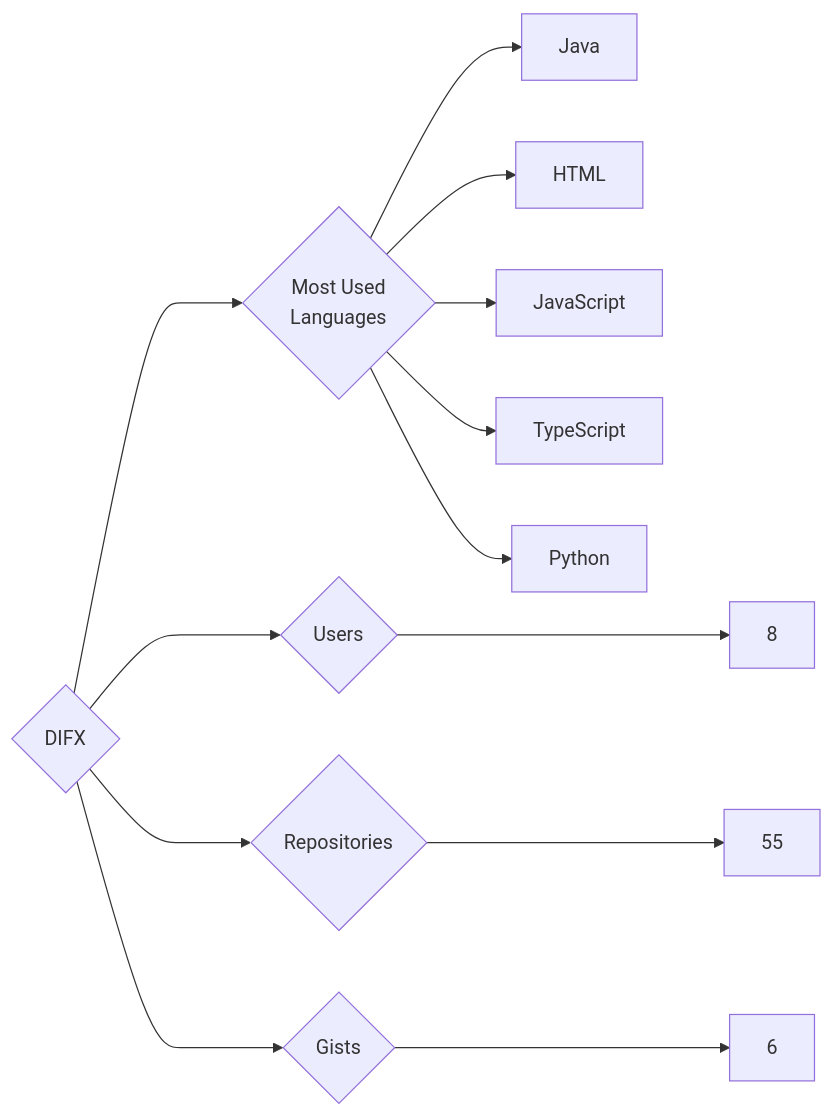
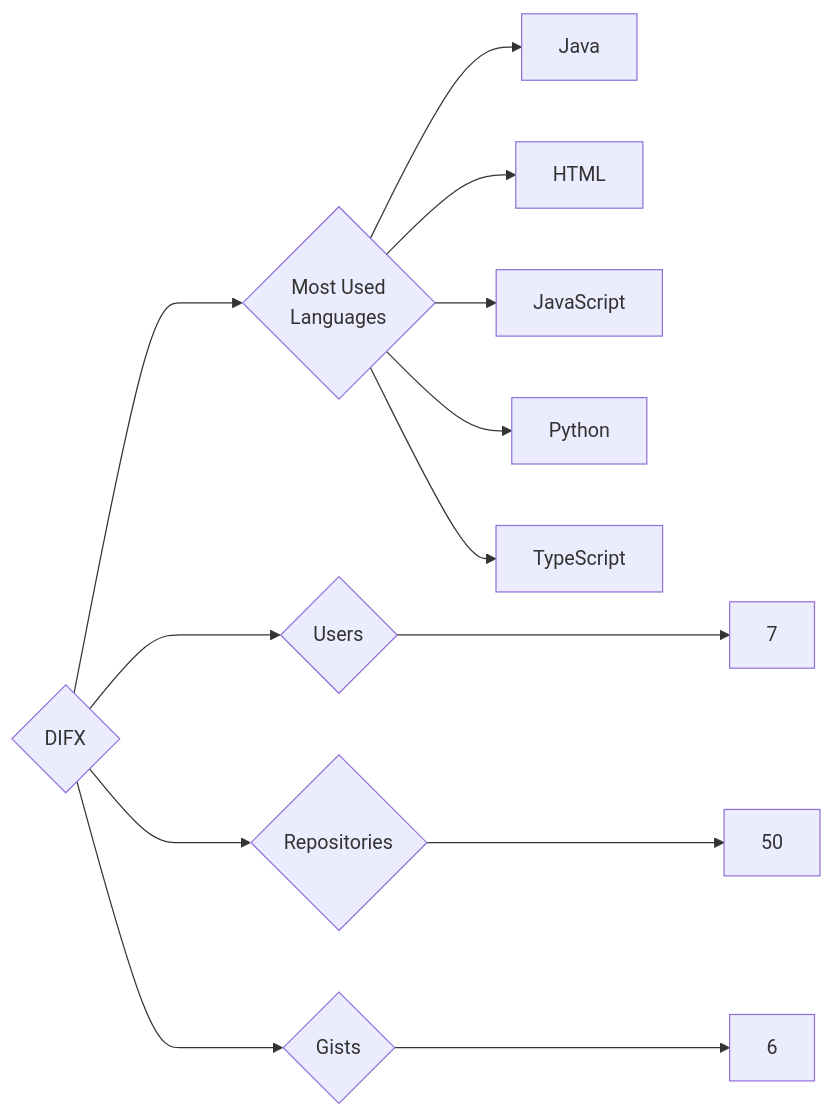
One commit to trickest/insiders changed the diagram in targets/DIFX/README.md. Above: the diagram before and after it, drawn with Mermaid. The commit also changed 1167 other files, not shown here.

````diff
--- a/targets/DIFX/README.md
+++ b/targets/DIFX/README.md
@@ -3,13 +3,13 @@
 ```mermaid
 graph LR
 COMPANY_NAME{DIFX}
-COMPANY_NAME ---> U{Users} ---> UN[8]
-COMPANY_NAME ---> R{Repositories} ---> RN[55]
+COMPANY_NAME ---> U{Users} ---> UN[7]
+COMPANY_NAME ---> R{Repositories} ---> RN[50]
 COMPANY_NAME ---> G{Gists} ---> GN[6]
 COMPANY_NAME ---> ML{Most Used<br>Languages}
 ML --> Java[Java]
 ML --> HTML[HTML]
 ML --> JavaScript[JavaScript]
+ML --> Python[Python]
 ML --> TypeScript[TypeScript]
-ML --> Python[Python]
 ```
````
